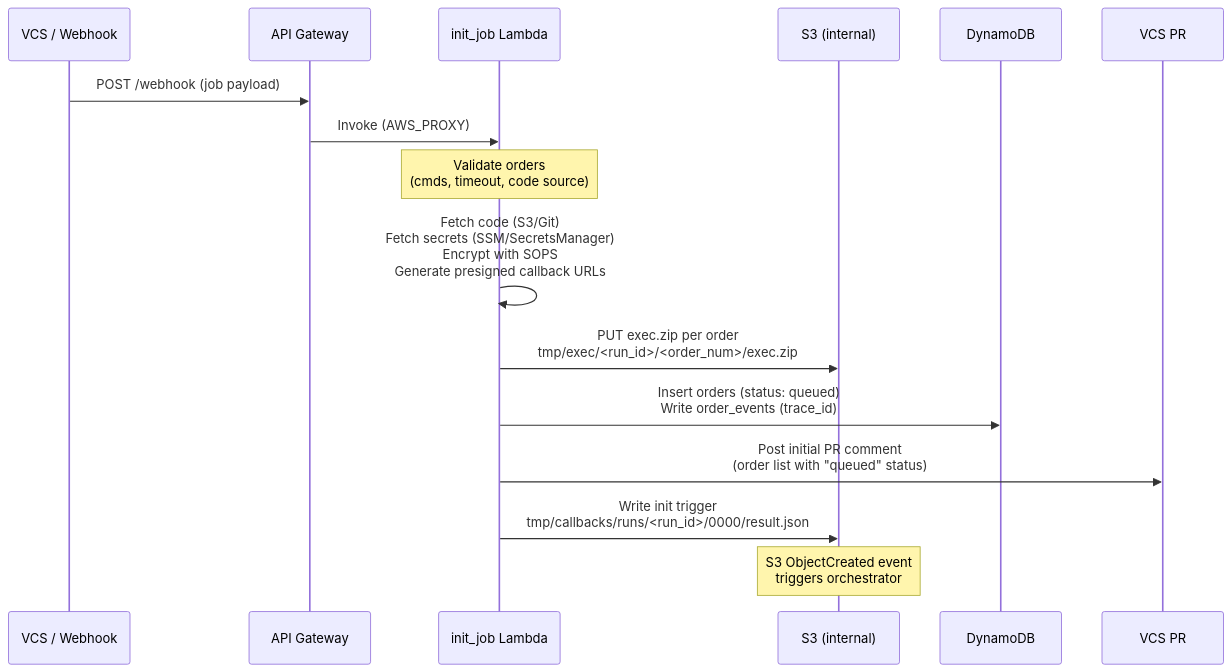
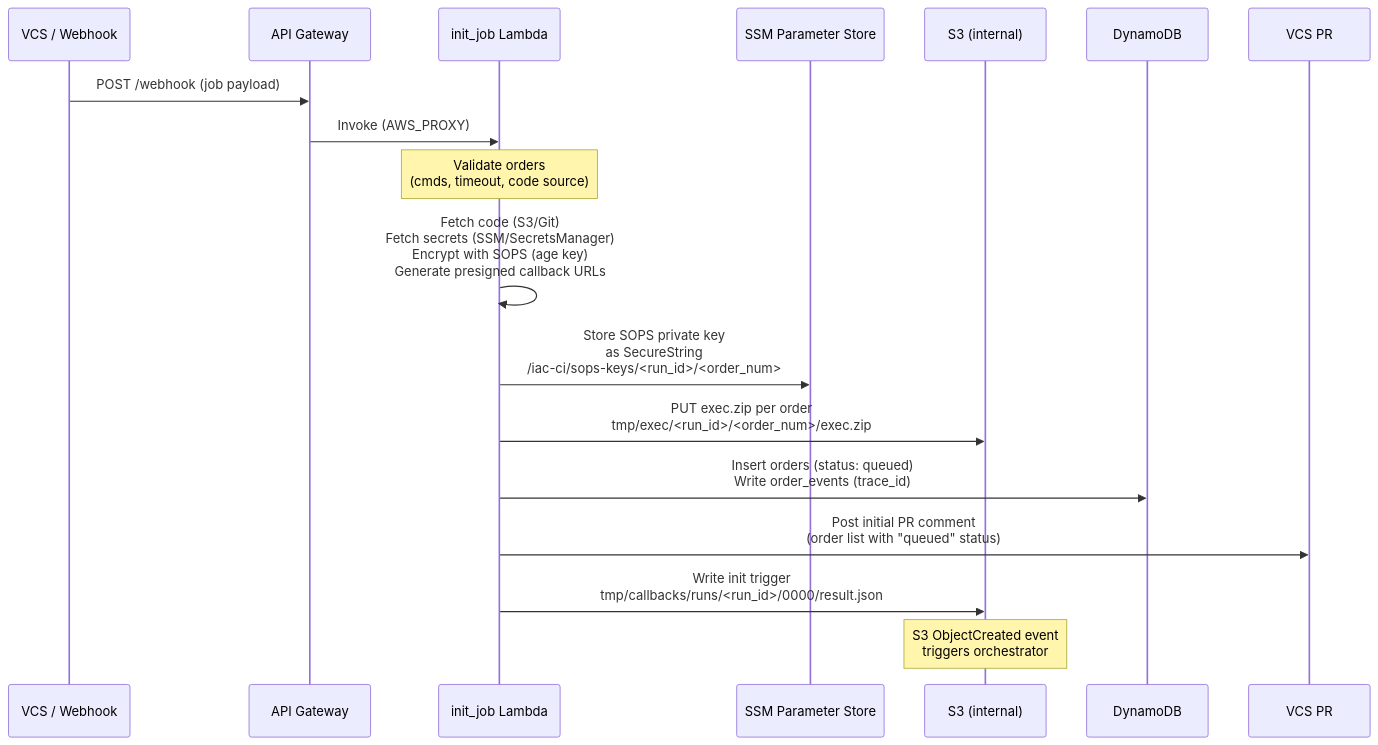
The second of 5 diagrams in docs/ARCHITECTURE_DIAGRAM.md (gear2000/aws-execution-engine), drawn with Mermaid before and after one commit. The commit also changed other lines of this file and 3 other files, not shown here.

First line of the commit message:
Update architecture diagrams to show SOPS key SSM storage flow

````diff
--- a/docs/ARCHITECTURE_DIAGRAM.md
+++ b/docs/ARCHITECTURE_DIAGRAM.md
@@ -34,26 +34,29 @@
 ```mermaid
 sequenceDiagram
     participant VCS as VCS / Webhook
     participant APIGW as API Gateway
     participant IJ as init_job Lambda
+    participant SSM as SSM Parameter Store
     participant S3 as S3 (internal)
     participant DDB as DynamoDB
     participant PR as VCS PR
 
     VCS->>APIGW: POST /webhook (job payload)
     APIGW->>IJ: Invoke (AWS_PROXY)
 
     Note over IJ: Validate orders<br>(cmds, timeout, code source)
 
-    IJ->>IJ: Fetch code (S3/Git)<br>Fetch secrets (SSM/SecretsManager)<br>Encrypt with SOPS<br>Generate presigned callback URLs
+    IJ->>IJ: Fetch code (S3/Git)<br>Fetch secrets (SSM/SecretsManager)<br>Encrypt with SOPS (age key)<br>Generate presigned callback URLs
+
+    IJ->>SSM: Store SOPS private key<br>as SecureString<br>/iac-ci/sops-keys/<run_id>/<order_num>
 
     IJ->>S3: PUT exec.zip per order<br>tmp/exec/<run_id>/<order_num>/exec.zip
 
     IJ->>DDB: Insert orders (status: queued)<br>Write order_events (trace_id)
 
     IJ->>PR: Post initial PR comment<br>(order list with "queued" status)
 
     IJ->>S3: Write init trigger<br>tmp/callbacks/runs/<run_id>/0000/result.json
 
     Note over S3: S3 ObjectCreated event<br>triggers orchestrator
 ```
````
